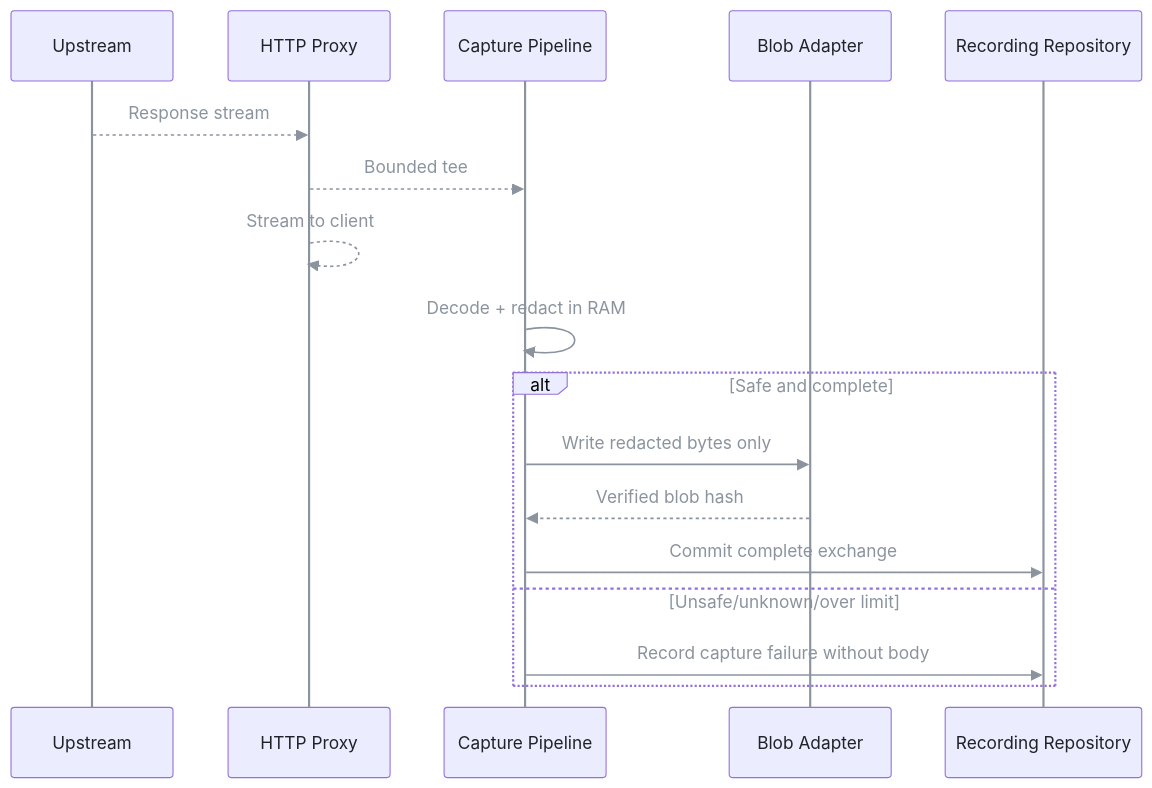
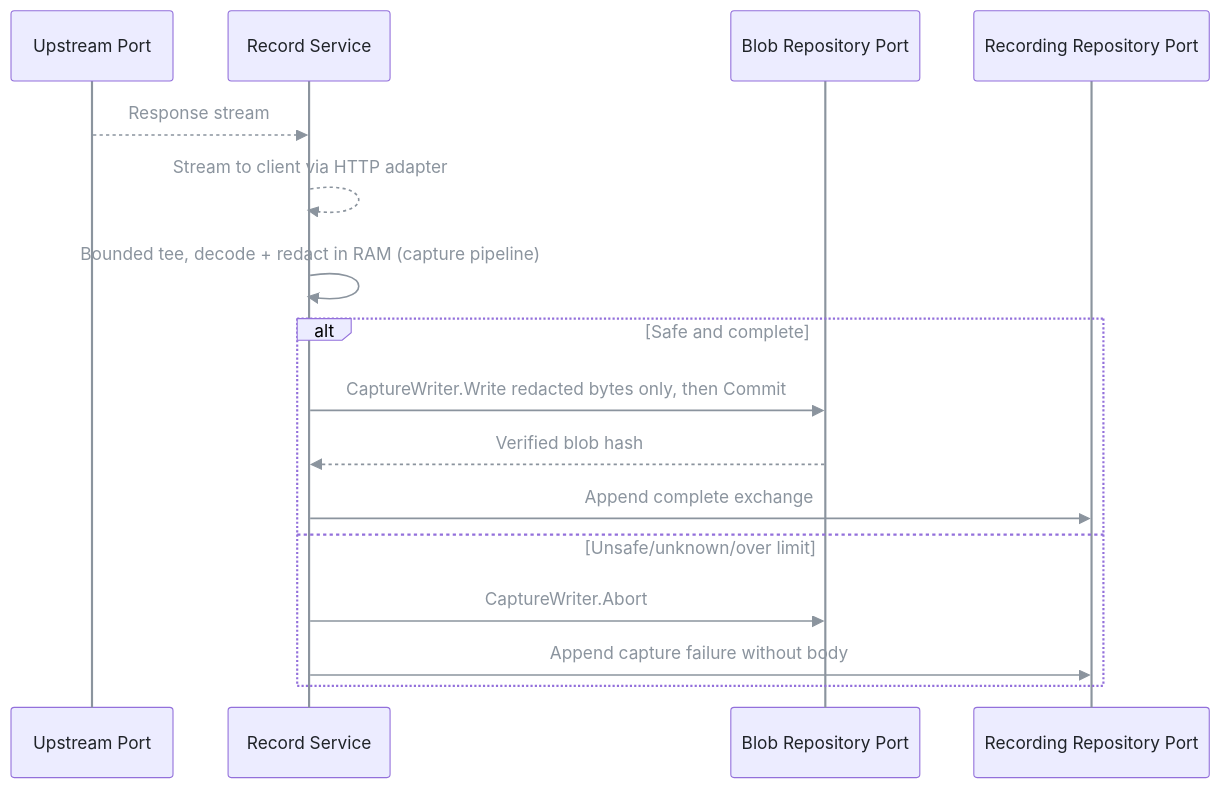
Before and after one commit to pt9912/odata-recorder: the tenth of 11 diagrams in spec/architecture.md, drawn with Mermaid. The commit also changed other lines of this file and 4 other files, not shown here.

````diff
--- a/spec/architecture.md
+++ b/spec/architecture.md
@@ -425,20 +440,19 @@
 ```mermaid
 %%{init: {'themeVariables': {'lineColor': '#8b949e', 'signalColor': '#8b949e', 'signalTextColor': '#8b949e', 'actorLineColor': '#8b949e', 'loopTextColor': '#8b949e', 'textColor': '#c9d1d9', 'primaryTextColor': '#1f2328', 'nodeTextColor': '#1f2328', 'actorTextColor': '#1f2328', 'noteTextColor': '#1f2328', 'edgeLabelBackground': '#30363d'}}}%%
 sequenceDiagram
-    participant U as Upstream
-    participant P as HTTP Proxy
-    participant C as Capture Pipeline
-    participant B as Blob Adapter
-    participant R as Recording Repository
-    U-->>P: Response stream
-    P-->>C: Bounded tee
-    P-->>P: Stream to client
-    C->>C: Decode + redact in RAM
+    participant U as Upstream Port
+    participant R as Record Service
+    participant B as Blob Repository Port
+    participant X as Recording Repository Port
+    U-->>R: Response stream
+    R-->>R: Stream to client via HTTP adapter
+    R->>R: Bounded tee, decode + redact in RAM (capture pipeline)
     alt Safe and complete
-      C->>B: Write redacted bytes only
-      B-->>C: Verified blob hash
-      C->>R: Commit complete exchange
+      R->>B: CaptureWriter.Write redacted bytes only, then Commit
+      B-->>R: Verified blob hash
+      R->>X: Append complete exchange
     else Unsafe/unknown/over limit
-      C->>R: Record capture failure without body
+      R->>B: CaptureWriter.Abort
+      R->>X: Append capture failure without body
     end
 ```
````
